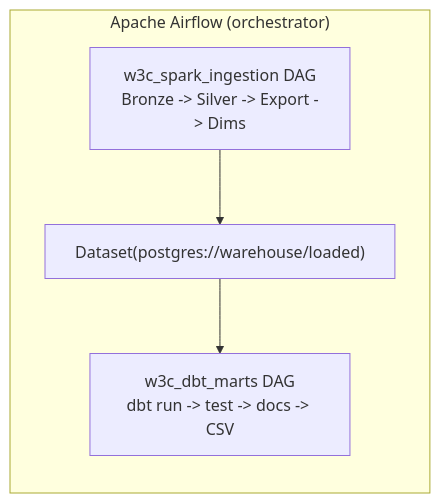
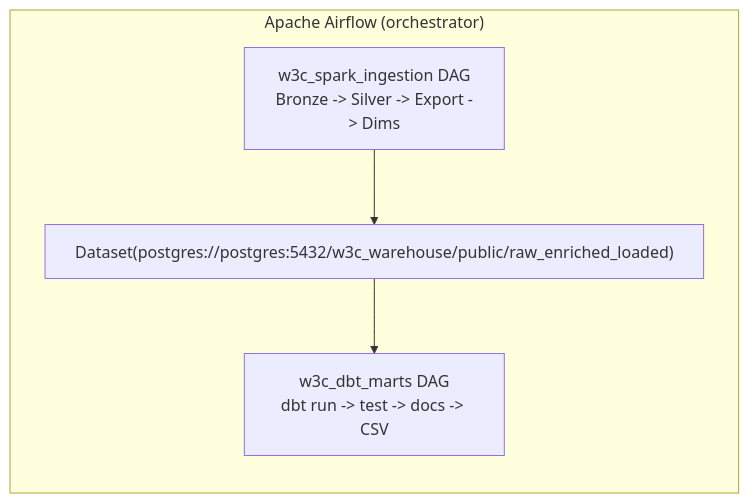
One commit to AhmedIkram05/w3c-etl-pipeline changed the ninth of 14 diagrams in README.md. Above: the diagram before and after it, drawn with Mermaid. The commit also changed other lines of this file, not shown here.

````diff
--- a/README.md
+++ b/README.md
@@ -627,10 +594,10 @@
 ```mermaid
 flowchart TB
     subgraph airflow["Apache Airflow (orchestrator)"]
         direction TB
         p1["w3c_spark_ingestion DAG<br/>Bronze -> Silver -> Export -> Dims"]
-        p2["Dataset(postgres://warehouse/loaded)"]
+        p2["Dataset(postgres://postgres:5432/w3c_warehouse/public/raw_enriched_loaded)"]
         p3["w3c_dbt_marts DAG<br/>dbt run -> test -> docs -> CSV"]
         p1 --> p2 --> p3
     end
 ```
````
